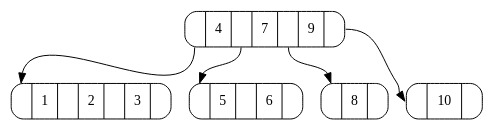
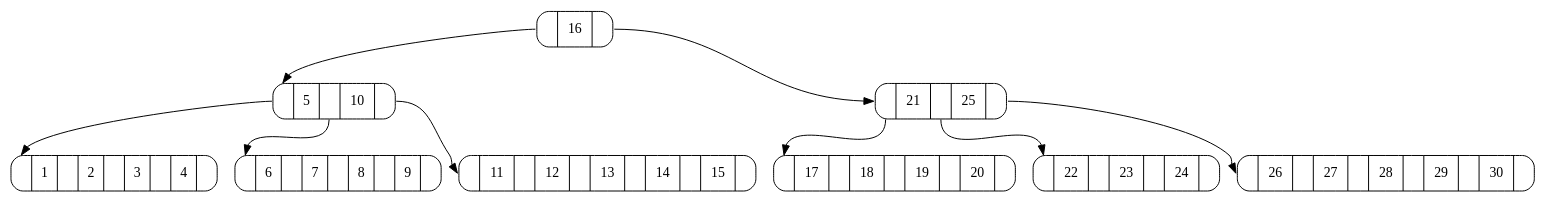
One commit to FelixOliver/ArvoreGenerico changed the diagram in treeB.dot. Above: the diagram before and after it, drawn with Graphviz. The commit also changed 13 other files, not shown here.

```diff
--- a/treeB.dot
+++ b/treeB.dot
@@ -1,2 +1,2 @@
 digraph G{ 
-"M0x56510c9a9f50" [ label= " <f0> |<f-1> 4 | <f1>  | <f-2> 7 | <f2>  | <f-3> 9 | <f3> " , shape=Mrecord]"M0x56510c9a9ce0" [ label= " <f0> |<f-1> 1 | <f1>  | <f-2> 2 | <f2>  | <f-3> 3 | <f3> " , shape=Mrecord]"M0x56510c9a9f50":f0 -> "M0x56510c9a9ce0":f0 "M0x56510c9a9fb0" [ label= " <f0> |<f-1> 5 | <f1>  | <f-2> 6 | <f2> " , shape=Mrecord]"M0x56510c9a9f50":f1 -> "M0x56510c9a9fb0":f0 "M0x56510c9a9d00" [ label= " <f0> |<f-1> 8 | <f1> " , shape=Mrecord]"M0x56510c9a9f50":f2 -> "M0x56510c9a9d00":f0 "M0x56510c9aa010" [ label= " <f0> |<f-1> 10 | <f1> " , shape=Mrecord]"M0x56510c9a9f50":f3 -> "M0x56510c9aa010":f0  } 
+"M0x564332941000" [ label= " <f0> |<f-1> 16 | <f1> " , shape=Mrecord]"M0x564332940da0" [ label= " <f0> |<f-1> 5 | <f1>  | <f-2> 10 | <f2> " , shape=Mrecord]"M0x564332940de0" [ label= " <f0> |<f-1> 1 | <f1>  | <f-2> 2 | <f2>  | <f-3> 3 | <f3>  | <f-4> 4 | <f4> " , shape=Mrecord]"M0x564332940da0":f0 -> "M0x564332940de0":f0 "M0x564332943370" [ label= " <f0> |<f-1> 6 | <f1>  | <f-2> 7 | <f2>  | <f-3> 8 | <f3>  | <f-4> 9 | <f4> " , shape=Mrecord]"M0x564332940da0":f1 -> "M0x564332943370":f0 "M0x564332940e20" [ label= " <f0> |<f-1> 11 | <f1>  | <f-2> 12 | <f2>  | <f-3> 13 | <f3>  | <f-4> 14 | <f4>  | <f-5> 15 | <f5> " , shape=Mrecord]"M0x564332940da0":f2 -> "M0x564332940e20":f0 "M0x564332941000":f0 -> "M0x564332940da0":f0 "M0x564332943620" [ label= " <f0> |<f-1> 21 | <f1>  | <f-2> 25 | <f2> " , shape=Mrecord]"M0x564332940e00" [ label= " <f0> |<f-1> 17 | <f1>  | <f-2> 18 | <f2>  | <f-3> 19 | <f3>  | <f-4> 20 | <f4> " , shape=Mrecord]"M0x564332943620":f0 -> "M0x564332940e00":f0 "M0x564332941480" [ label= " <f0> |<f-1> 22 | <f1>  | <f-2> 23 | <f2>  | <f-3> 24 | <f3> " , shape=Mrecord]"M0x564332943620":f1 -> "M0x564332941480":f0 "M0x564332940dc0" [ label= " <f0> |<f-1> 26 | <f1>  | <f-2> 27 | <f2>  | <f-3> 28 | <f3>  | <f-4> 29 | <f4>  | <f-5> 30 | <f5> " , shape=Mrecord]"M0x564332943620":f2 -> "M0x564332940dc0":f0 "M0x564332941000":f1 -> "M0x564332943620":f0  } 
```
